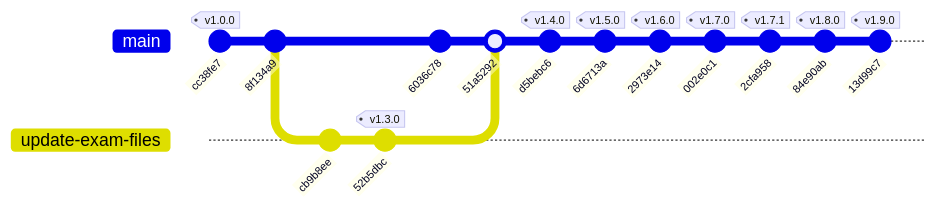
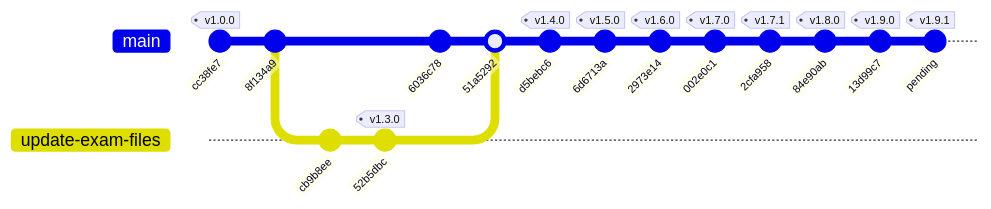
Before and after one commit to renart00001-ux/exam-web: the diagram in README.md, drawn with Mermaid. The commit also changed other lines of this file and 2 other files, not shown here.

Commit message:
fix: resolve Google login unresponsive issue caused by unescaped newlines in EMBEDDED_QUESTIONS, and add redirect fallback (v1.9.1)

````diff
--- a/README.md
+++ b/README.md
@@ -46,19 +46,20 @@
 ```mermaid
 gitGraph
     commit id: "cc38fe7" tag: "v1.0.0"
     commit id: "8f134a9"
     branch update-exam-files
     checkout update-exam-files
     commit id: "cb9b8ee"
     commit id: "52b5dbc" tag: "v1.3.0"
     checkout main
     commit id: "6036c78"
     merge update-exam-files id: "51a5292"
     commit id: "d5bebc6" tag: "v1.4.0"
     commit id: "6d6713a" tag: "v1.5.0"
     commit id: "2973e14" tag: "v1.6.0"
     commit id: "002e0c1" tag: "v1.7.0"
     commit id: "2cfa958" tag: "v1.7.1"
     commit id: "84e90ab" tag: "v1.8.0"
     commit id: "13d99c7" tag: "v1.9.0"
+    commit id: "pending" tag: "v1.9.1"
 ```
````
